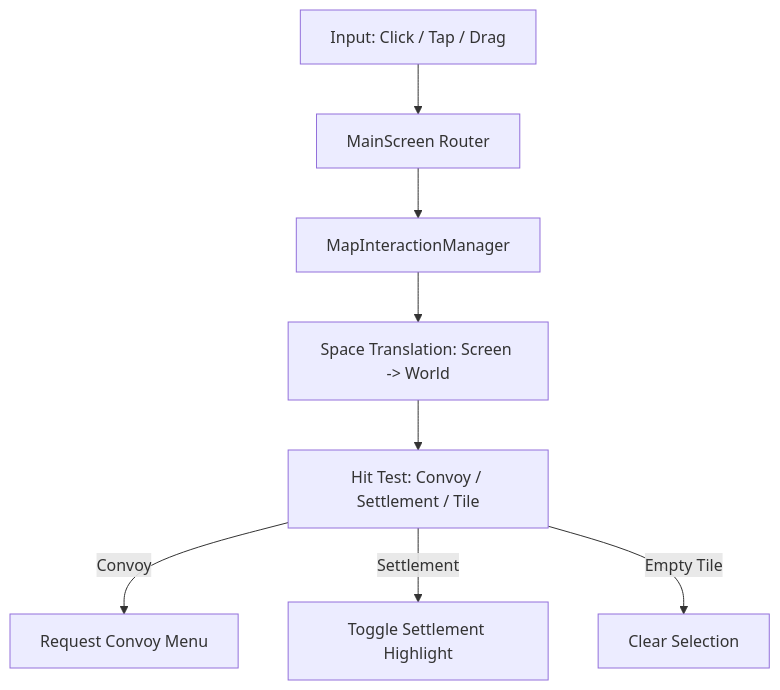
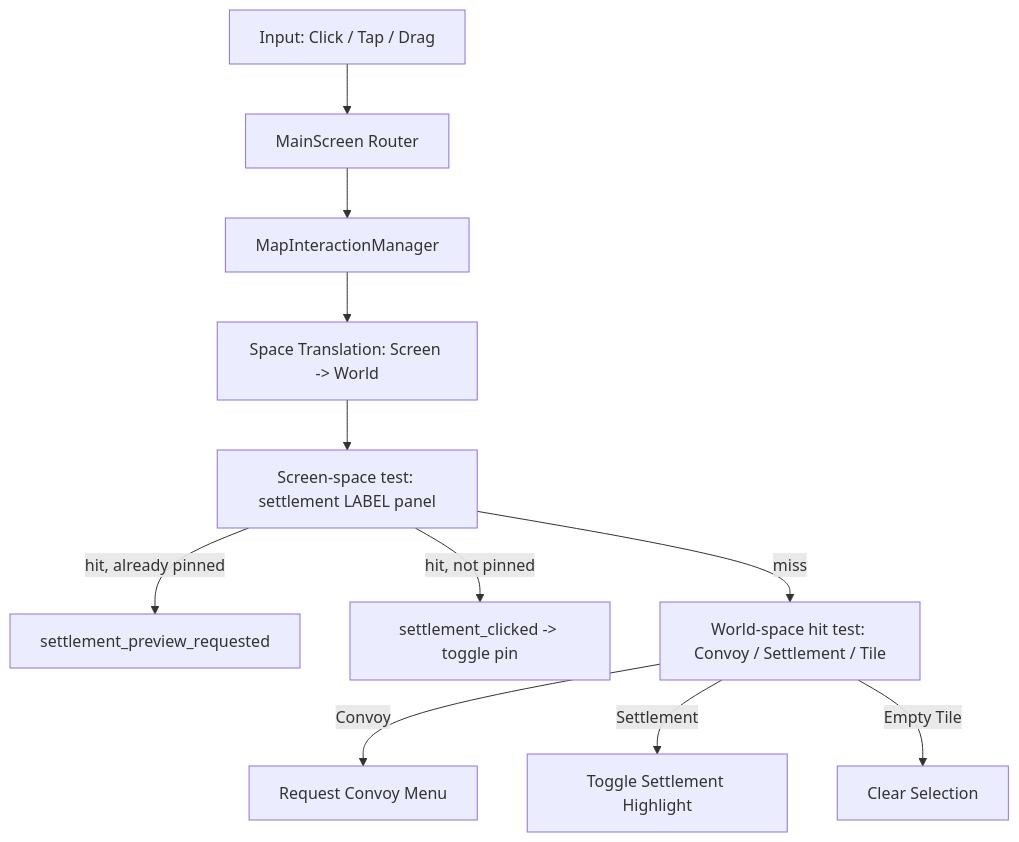
The diagram in docs/03_Systems/MapSystem/Interactions.md (OoriData/DF_Godot), drawn with Mermaid before and after one commit. The commit also changed other lines of this file and 10 other files, not shown here.

````diff
--- a/docs/03_Systems/MapSystem/Interactions.md
+++ b/docs/03_Systems/MapSystem/Interactions.md
@@ -21,12 +21,16 @@
 ```mermaid
 graph TD
     Input[Input: Click / Tap / Drag] --> Router[MainScreen Router]
     Router --> MIM[MapInteractionManager]
     
     MIM --> Space[Space Translation: Screen -> World]
-    Space --> HitTest[Hit Test: Convoy / Settlement / Tile]
-    
+    Space --> Panel[Screen-space test: settlement LABEL panel]
+
+    Panel -->|hit, already pinned| Preview[settlement_preview_requested]
+    Panel -->|hit, not pinned| Pin[settlement_clicked -> toggle pin]
+    Panel -->|miss| HitTest[World-space hit test: Convoy / Settlement / Tile]
+
     HitTest -->|Convoy| Menu[Request Convoy Menu]
     HitTest -->|Settlement| Select[Toggle Settlement Highlight]
     HitTest -->|Empty Tile| Clear[Clear Selection]
 ```
````
